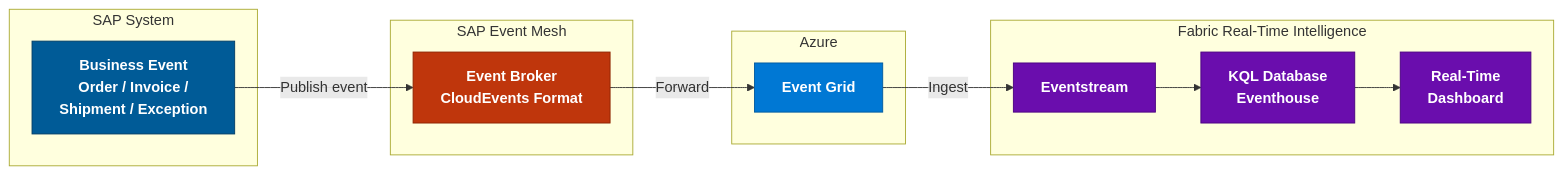
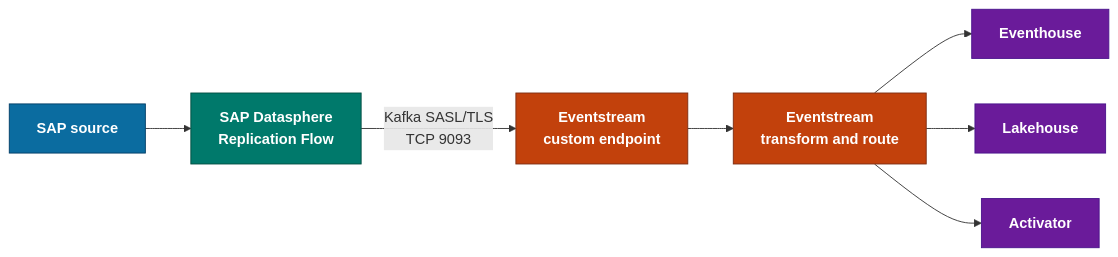
One commit to fredgis/fabric-foundry-kb changed the seventh of 10 diagrams in markdown/SAP_Fabric_Connectivity.md. Above: the diagram before and after it, drawn with Mermaid. The commit also changed other lines of this file and 6 other files, not shown here.

Commit message:
Audit and refresh SAP Fabric connectivity guide

````diff
--- a/markdown/SAP_Fabric_Connectivity.md
+++ b/markdown/SAP_Fabric_Connectivity.md
@@ -508,33 +586,19 @@
 ```mermaid
-graph LR
-    subgraph SAP["SAP System"]
-        A[Business Event<br/>Order / Invoice /<br/>Shipment / Exception]
-    end
-    subgraph Mesh["SAP Event Mesh"]
-        B[Event Broker<br/>CloudEvents Format]
-    end
-    subgraph Azure["Azure"]
-        C[Event Grid]
-    end
-    subgraph Fabric["Fabric Real-Time Intelligence"]
-        D[Eventstream]
-        E[KQL Database<br/>Eventhouse]
-        F[Real-Time<br/>Dashboard]
-    end
+flowchart LR
+    SAP["SAP source"] --> DS["SAP Datasphere<br/>Replication Flow"]
+    DS -->|"Kafka SASL/TLS<br/>TCP 9093"| CE["Eventstream<br/>custom endpoint"]
+    CE --> ES["Eventstream<br/>transform and route"]
+    ES --> EH["Eventhouse"]
+    ES --> LH["Lakehouse"]
+    ES --> ACT["Activator"]
 
-    A -->|Publish event| B
-    B -->|Forward| C
-    C -->|Ingest| D
-    D --> E
-    E --> F
+    classDef sap fill:#0B6CA0,stroke:#003D66,color:#ffffff,font-weight:bold
+    classDef ds fill:#00796B,stroke:#004D40,color:#ffffff,font-weight:bold
+    classDef event fill:#C2410C,stroke:#7C2D12,color:#ffffff,font-weight:bold
+    classDef fabric fill:#6A1B9A,stroke:#4A148C,color:#ffffff,font-weight:bold
 
-    classDef sapStyle fill:#005B97,stroke:#003D66,color:#ffffff,font-weight:bold
-    classDef meshStyle fill:#BF360C,stroke:#8C2300,color:#ffffff,font-weight:bold
-    classDef azureStyle fill:#0078D4,stroke:#005A9E,color:#ffffff,font-weight:bold
-    classDef fabricStyle fill:#6A0DAD,stroke:#4A0080,color:#ffffff,font-weight:bold
-
-    class A sapStyle
-    class B meshStyle
-    class C azureStyle
-    class D,E,F fabricStyle
+    class SAP sap
+    class DS ds
+    class CE,ES event
+    class EH,LH,ACT fabric
 ```
````
